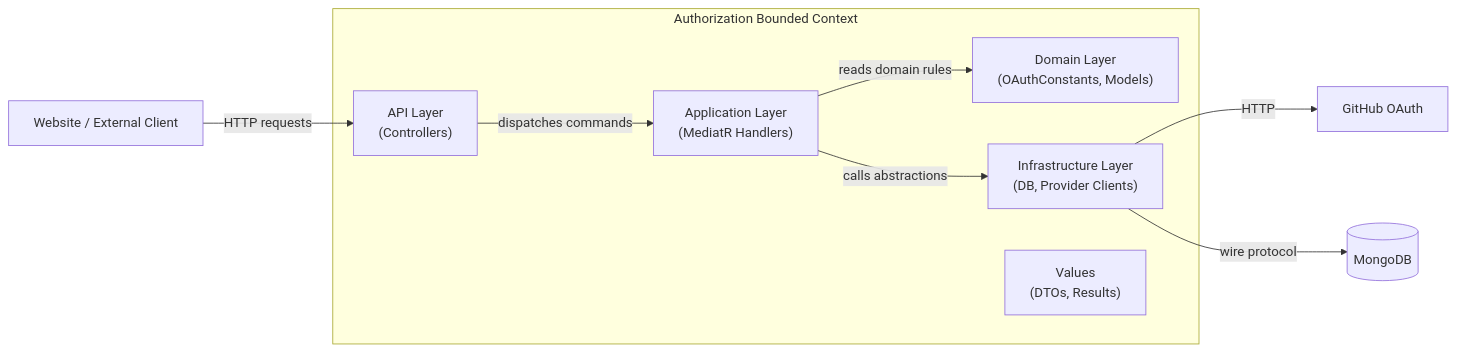
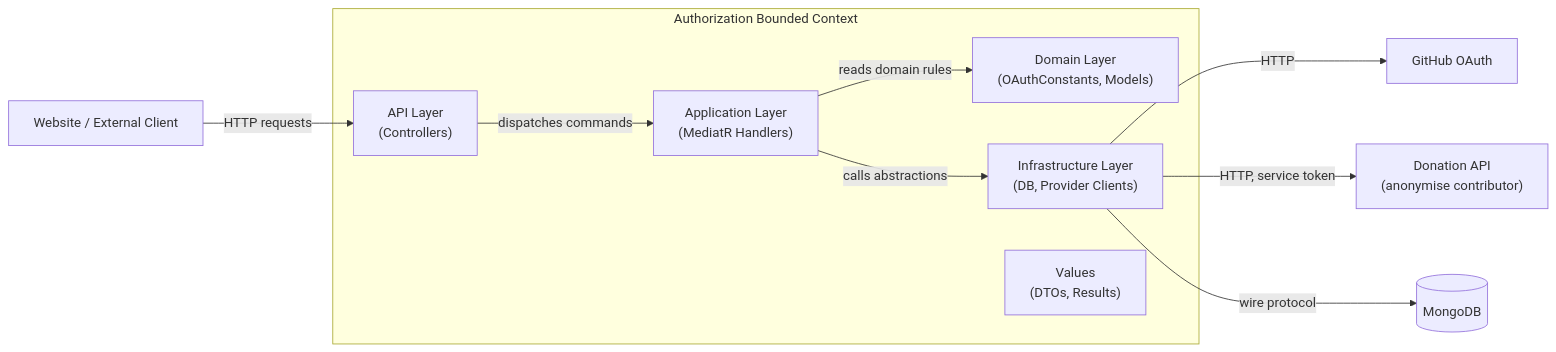
Before and after one commit to wouterfennis/TimeForCode: the second of 4 diagrams in docs/architecture/arc42/05-building-block-view.md, drawn with Mermaid. The commit also changed other lines of this file and 55 other files, not shown here.

````diff
--- a/docs/architecture/arc42/05-building-block-view.md
+++ b/docs/architecture/arc42/05-building-block-view.md
@@ -38,21 +38,24 @@
 ```mermaid
 graph LR
     subgraph Authorization Bounded Context
         AuthAPI_Ctrl["API Layer\n(Controllers)"]
         AuthApp["Application Layer\n(MediatR Handlers)"]
         AuthDomain["Domain Layer\n(OAuthConstants, Models)"]
         AuthInfra["Infrastructure Layer\n(DB, Provider Clients)"]
         AuthValues["Values\n(DTOs, Results)"]
     end
 
     Client["Website / External Client"]
     GitHub["GitHub OAuth"]
+    DonationAPI["Donation API
+(anonymise contributor)"]
     MongoDB[("MongoDB")]
 
     Client -->|HTTP requests| AuthAPI_Ctrl
     AuthAPI_Ctrl -->|dispatches commands| AuthApp
     AuthApp -->|reads domain rules| AuthDomain
     AuthApp -->|calls abstractions| AuthInfra
     AuthInfra -->|HTTP| GitHub
+    AuthInfra -->|HTTP, service token| DonationAPI
     AuthInfra -->|wire protocol| MongoDB
 ```
````
